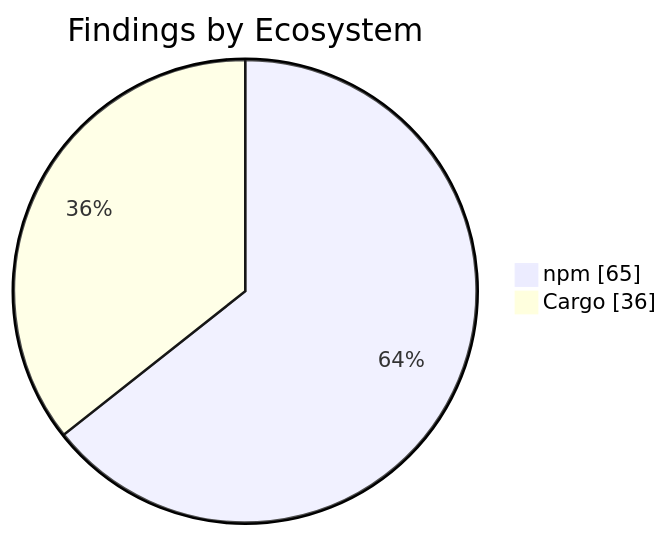
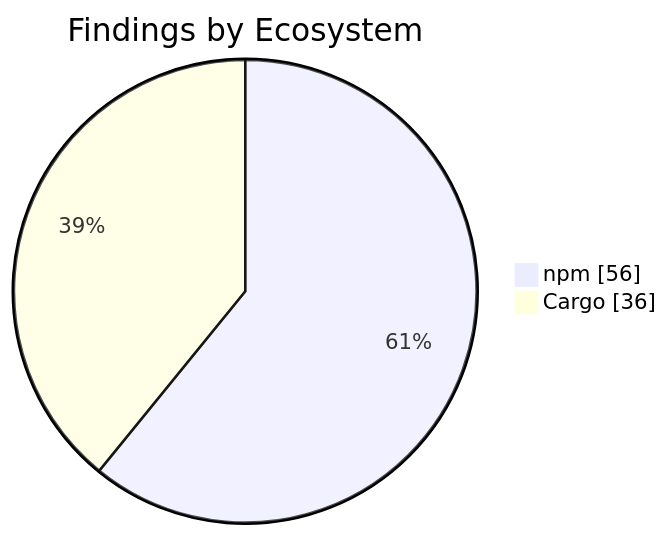
One commit to KBVE/kbve changed the second of 2 diagrams in apps/kbve/astro-kbve/src/content/docs/dashboard/security.mdx. Above: the diagram before and after it, drawn with Mermaid. The commit also changed other lines of this file and 8 other files, not shown here.

````diff
--- a/apps/kbve/astro-kbve/src/content/docs/dashboard/security.mdx
+++ b/apps/kbve/astro-kbve/src/content/docs/dashboard/security.mdx
@@ -73,6 +73,6 @@
 ```mermaid
 pie showData
     title Findings by Ecosystem
-    "npm" : 65
+    "npm" : 56
     "Cargo" : 36
 ```
````
